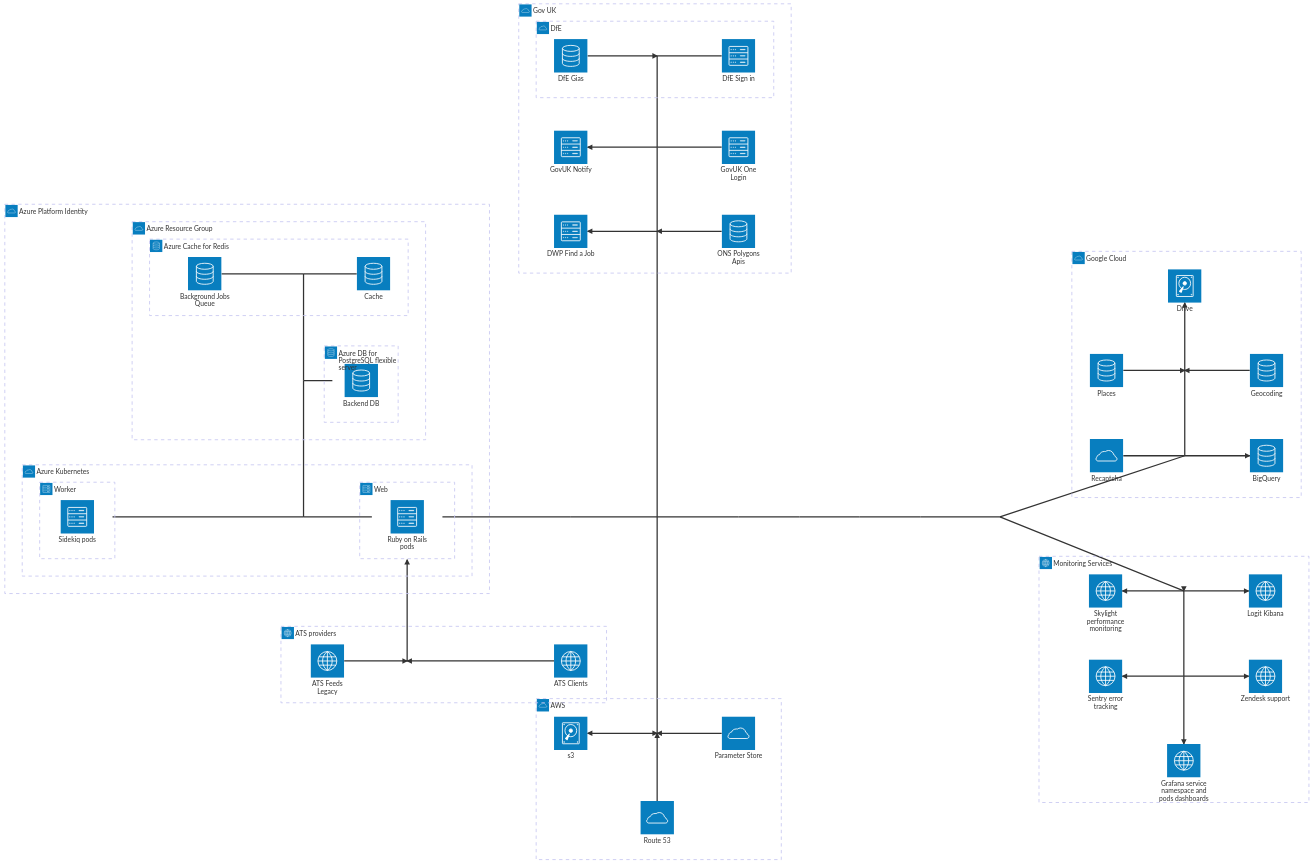
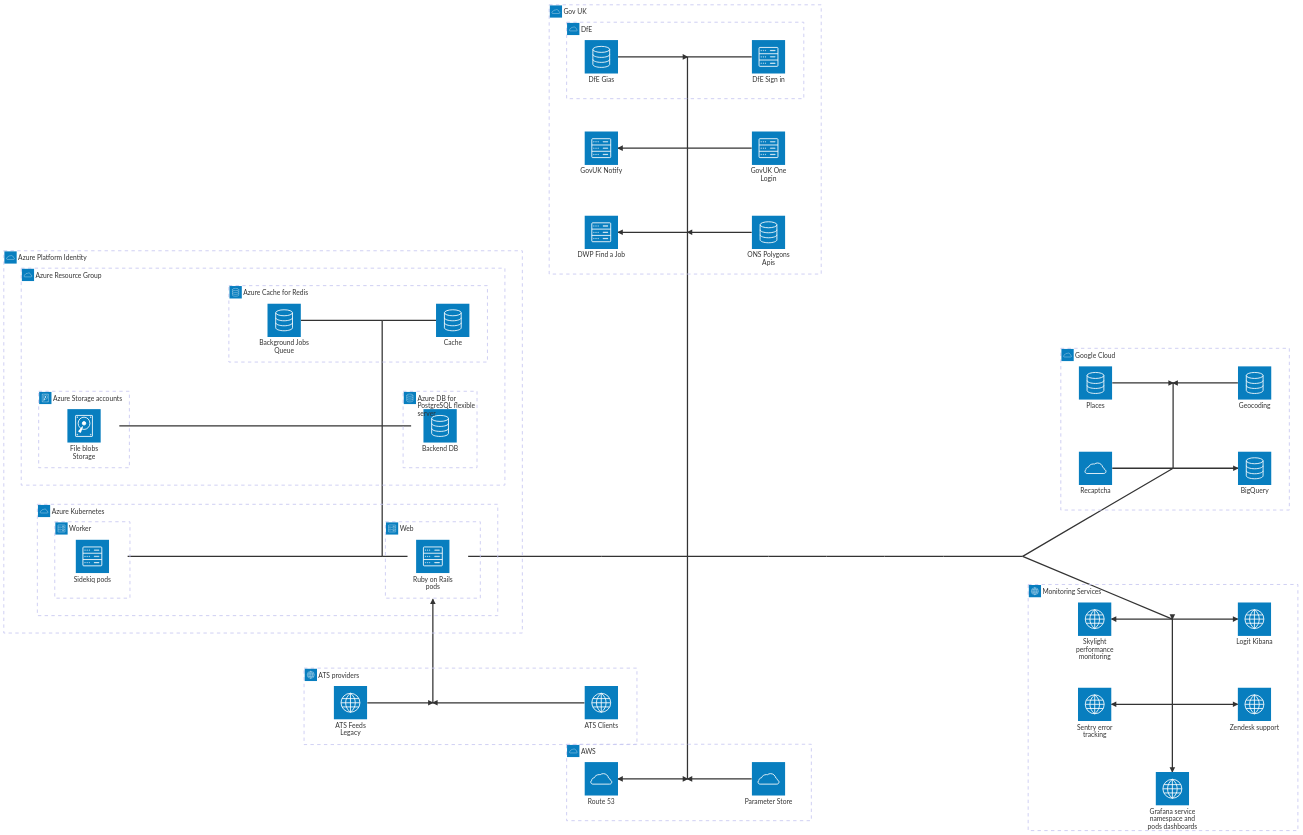
Before and after one commit to DFE-Digital/teaching-vacancies: the third of 3 diagrams in documentation/service/overview.md, drawn with Mermaid.

Commit message:
Update System Architecture diagram
Update the System Architecture diagram to reflect recent changes:
- No longer use AWS S3
- Use Azure Storage instead.
- No longer use Google Drive.

```diff
--- a/documentation/service/overview.md
+++ b/documentation/service/overview.md
@@ -195,11 +195,13 @@
   group azurerg(cloud)[Azure Resource Group] in azure
   group azureredis(database)[Azure Cache for Redis] in azurerg
   group azuredb(database)[Azure DB for PostgreSQL flexible server] in azurerg
+  group azurestorage(disk)[Azure Storage accounts] in azurerg
 
   %% Services are the 'leafs' living in eah group
   service db(database)[Backend DB] in azuredb
   service rediscache(database)[Cache] in azureredis
   service redisqueue(database)[Background Jobs Queue] in azureredis
+  service storage(disk)[File blobs Storage] in azurestorage
 
   group azureks(cloud)[Azure Kubernetes] in azure
   group web(server)[Web] in azureks
@@ -221,6 +223,7 @@
 
   junctionAzureResources:T -- B:junctionAzureRedis
   db{group}:L -- R:junctionAzureResources
+  storage{group}:R -- L:junctionAzureResources
   junctionAzureResources:B -- T:junctionAzureKubernetes
 
   %% -------------------------------------------------------------------------
@@ -229,19 +232,16 @@
   group aws(cloud)[AWS]
   service route53(cloud)[Route 53] in aws
   service parameterstore(cloud)[Parameter Store] in aws
-  service s3(disk)[s3] in aws
 
   %% AWS services layout
   junction junctionAws in aws
-  route53:T --> B:junctionAws
-  s3:R <--> L:junctionAws
+  route53:R <--> L:junctionAws
   parameterstore:L --> R:junctionAws
 
   %% -------------------------------------------------------------------------
   %% Google
   %% -------------------------------------------------------------------------
   group googlecloud(cloud)[Google Cloud]
-  service googledrive(disk)[Drive] in googlecloud
   service bigquery(database)[BigQuery] in googlecloud
   service geocoding(database)[Geocoding] in googlecloud
   service places(database)[Places] in googlecloud
@@ -256,7 +256,6 @@
   bigquery:L <-- R:junctionGoogleBottom
   places:R --> L:junctionGoogleTop
   geocoding:L --> R:junctionGoogleTop
-  googledrive:B <-- T:junctionGoogleTop
 
   %% -------------------------------------------------------------------------
   %% Monitoring services
```
